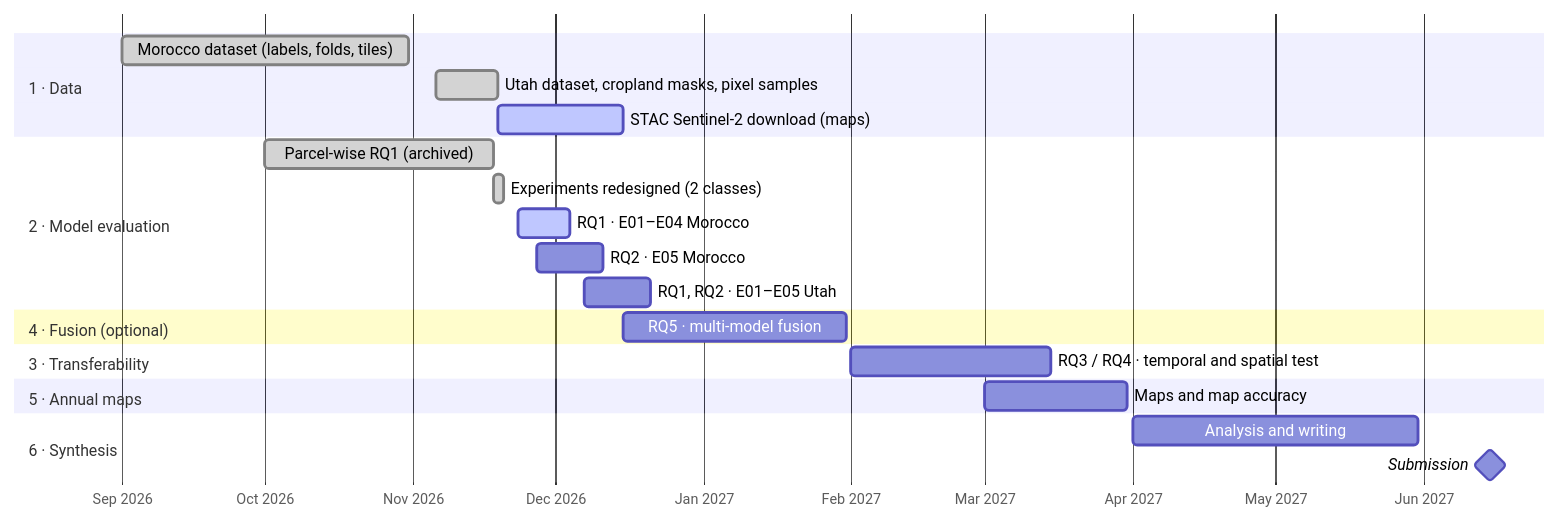
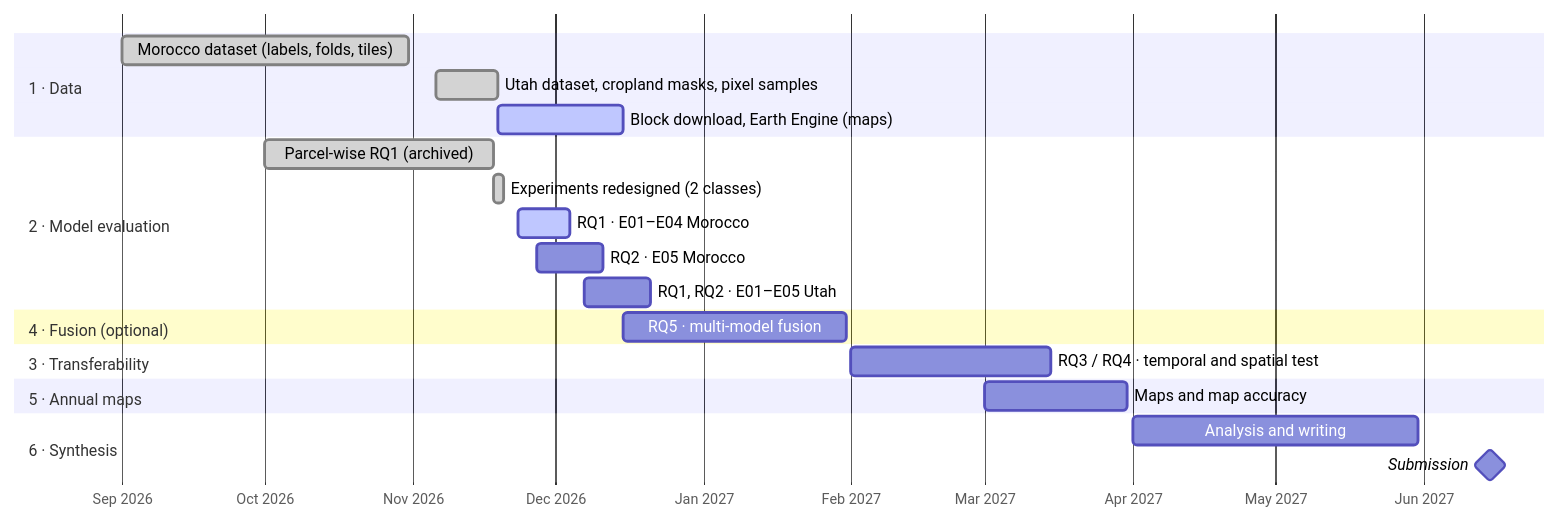
The diagram in docs/progress_report.md (amanchry/irrimapping-geofm), drawn with Mermaid before and after one commit. The commit also changed other lines of this file and 129 other files, not shown here.

````diff
--- a/docs/progress_report.md
+++ b/docs/progress_report.md
@@ -26,24 +34,24 @@
 ```mermaid
 gantt
     dateFormat  YYYY-MM-DD
     axisFormat  %b %Y
     section 1 · Data
     Morocco dataset (labels, folds, tiles)      :done,   d1, 2026-09-01, 2026-10-31
     Utah dataset, cropland masks, pixel samples :done,   d2, 2026-11-06, 2026-11-19
-    STAC Sentinel-2 download (maps)             :active, d3, 2026-11-19, 2026-12-15
+    Block download, Earth Engine (maps)         :active, d3, 2026-11-19, 2026-12-15
     section 2 · Model evaluation
     Parcel-wise RQ1 (archived)                  :done,   r1, 2026-10-01, 2026-11-18
     Experiments redesigned (2 classes)          :done,   r2, 2026-11-18, 2026-11-20
     RQ1 · E01–E04 Morocco                       :active, r3, 2026-11-23, 2026-12-04
     RQ2 · E05 Morocco                           :        f1, 2026-11-27, 2026-12-11
     RQ1, RQ2 · E01–E05 Utah                     :        f2, 2026-12-07, 2026-12-21
     section 4 · Fusion (optional)
     RQ5 · multi-model fusion                    :        u1, 2026-12-15, 2027-01-31
     section 3 · Transferability
     RQ3 / RQ4 · temporal and spatial test       :        t1, 2027-02-01, 2027-03-15
     section 5 · Annual maps
     Maps and map accuracy                       :        m1, 2027-03-01, 2027-03-31
     section 6 · Synthesis
     Analysis and writing                        :        w1, 2027-04-01, 2027-05-31
     Submission                                  :milestone, w2, 2027-06-15, 0d
 ```
````
